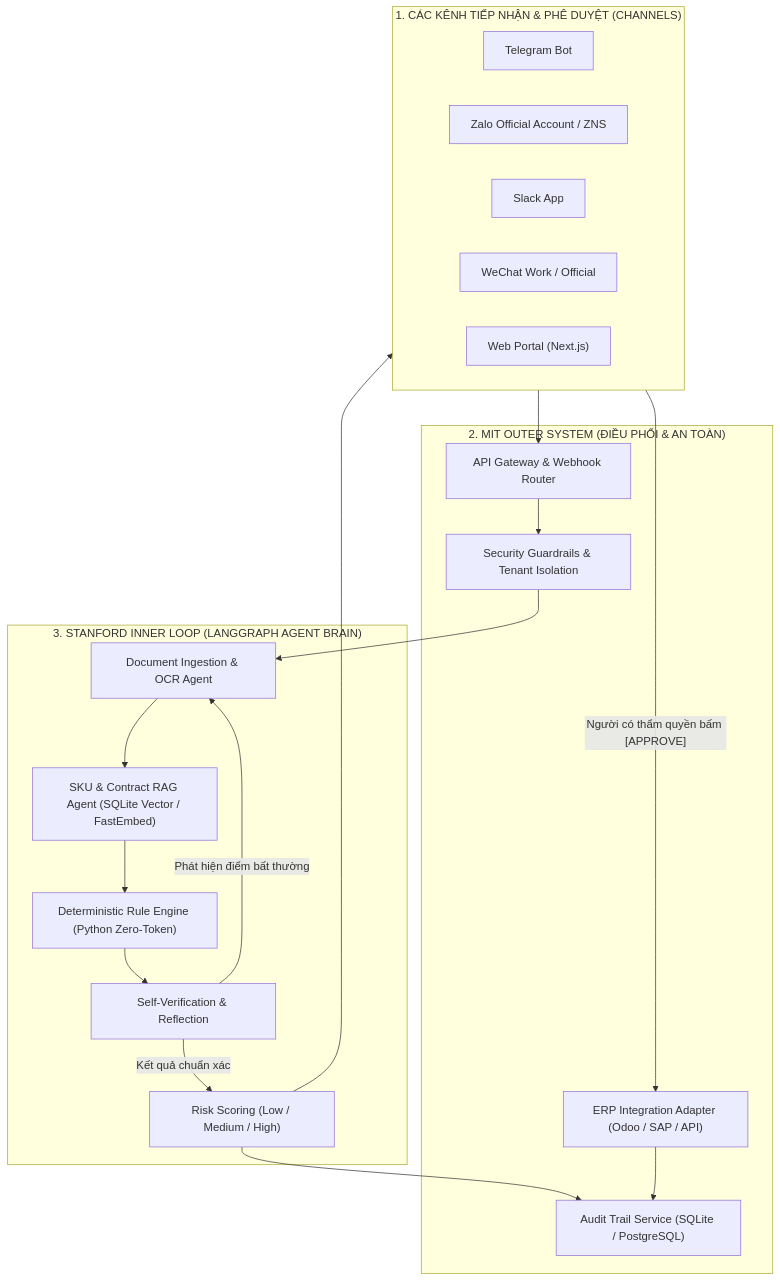
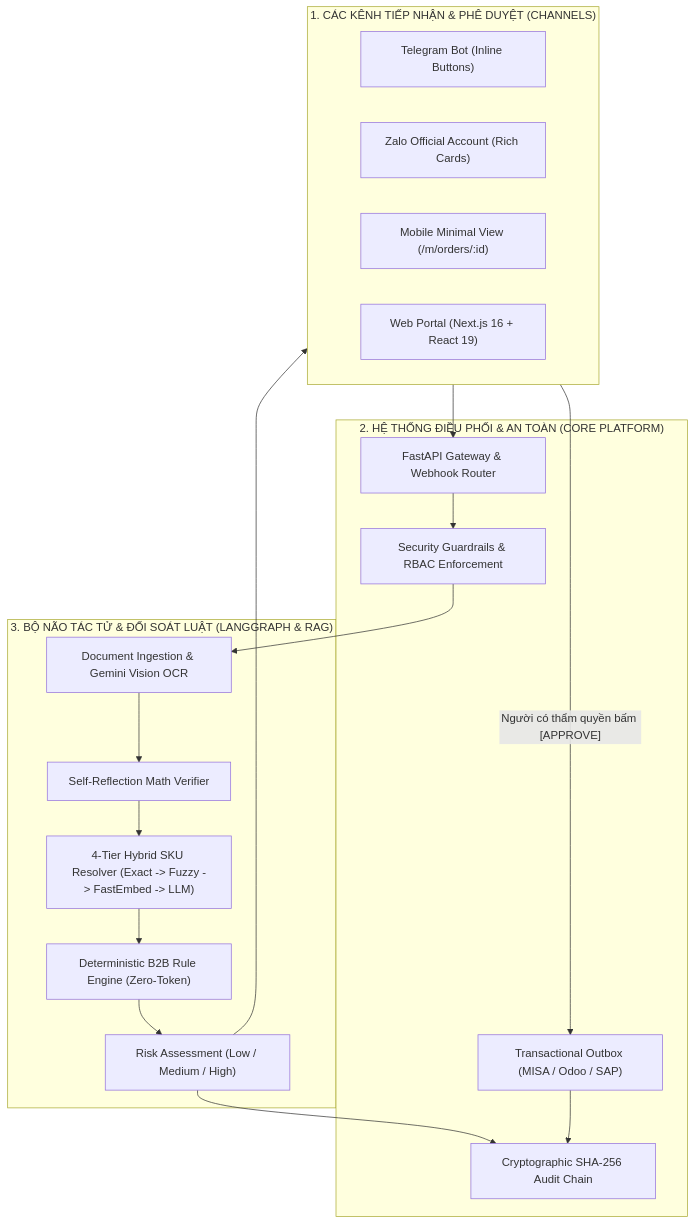
The diagram in docs/MO_TA_DU_AN.md (brianhuynh2021/po-preflight), drawn with Mermaid before and after one commit. The commit also changed other lines of this file and 8 other files, not shown here.

````diff
--- a/docs/MO_TA_DU_AN.md
+++ b/docs/MO_TA_DU_AN.md
@@ -42,41 +45,39 @@
 ```mermaid
 flowchart TB
     subgraph Channels["1. CÁC KÊNH TIẾP NHẬN & PHÊ DUYỆT (CHANNELS)"]
-        Telegram["Telegram Bot"]
-        Zalo["Zalo Official Account / ZNS"]
-        Slack["Slack App"]
-        WeChat["WeChat Work / Official"]
-        WebPortal["Web Portal (Next.js)"]
+        Telegram["Telegram Bot (Inline Buttons)"]
+        Zalo["Zalo Official Account (Rich Cards)"]
+        MobileWeb["Mobile Minimal View (/m/orders/:id)"]
+        WebPortal["Web Portal (Next.js 16 + React 19)"]
     end
 
-    subgraph MIT_Outer["2. MIT OUTER SYSTEM (ĐIỀU PHỐI & AN TOÀN)"]
-        Gateway["API Gateway & Webhook Router"]
-        Guardrails["Security Guardrails & Tenant Isolation"]
-        AuditService["Audit Trail Service (SQLite / PostgreSQL)"]
-        ERPAdapter["ERP Integration Adapter (Odoo / SAP / API)"]
+    subgraph Core_Platform["2. HỆ THỐNG ĐIỀU PHỐI & AN TOÀN (CORE PLATFORM)"]
+        Gateway["FastAPI Gateway & Webhook Router"]
+        Guardrails["Security Guardrails & RBAC Enforcement"]
+        AuditService["Cryptographic SHA-256 Audit Chain"]
+        ERPOutbox["Transactional Outbox (MISA / Odoo / SAP)"]
     end
 
-    subgraph Stanford_Brain["3. STANFORD INNER LOOP (LANGGRAPH AGENT BRAIN)"]
-        IngestionAgent["Document Ingestion & OCR Agent"]
-        RAGResolver["SKU & Contract RAG Agent (SQLite Vector / FastEmbed)"]
-        RuleEngine["Deterministic Rule Engine (Python Zero-Token)"]
-        Verifier["Self-Verification & Reflection"]
-        RiskEvaluator["Risk Scoring (Low / Medium / High)"]
+    subgraph Agent_Brain["3. BỘ NÃO TÁC TỬ & ĐỐI SOÁT LUẬT (LANGGRAPH & RAG)"]
+        IngestionAgent["Document Ingestion & Gemini Vision OCR"]
+        RAGResolver["4-Tier Hybrid SKU Resolver (Exact -> Fuzzy -> FastEmbed -> LLM)"]
+        RuleEngine["Deterministic B2B Rule Engine (Zero-Token)"]
+        Verifier["Self-Reflection Math Verifier"]
+        RiskEvaluator["Risk Assessment (Low / Medium / High)"]
     end
 
     Channels --> Gateway
     Gateway --> Guardrails
     Guardrails --> IngestionAgent
     
-    IngestionAgent --> RAGResolver
+    IngestionAgent --> Verifier
+    Verifier --> RAGResolver
     RAGResolver --> RuleEngine
-    RuleEngine --> Verifier
-    Verifier -- "Phát hiện điểm bất thường" --> IngestionAgent
-    Verifier -- "Kết quả chuẩn xác" --> RiskEvaluator
+    RuleEngine --> RiskEvaluator
     
     RiskEvaluator --> Channels
     RiskEvaluator --> AuditService
     
-    Channels -- "Người có thẩm quyền bấm [APPROVE]" --> ERPAdapter
-    ERPAdapter --> AuditService
+    Channels -- "Người có thẩm quyền bấm [APPROVE]" --> ERPOutbox
+    ERPOutbox --> AuditService
 ```
````
